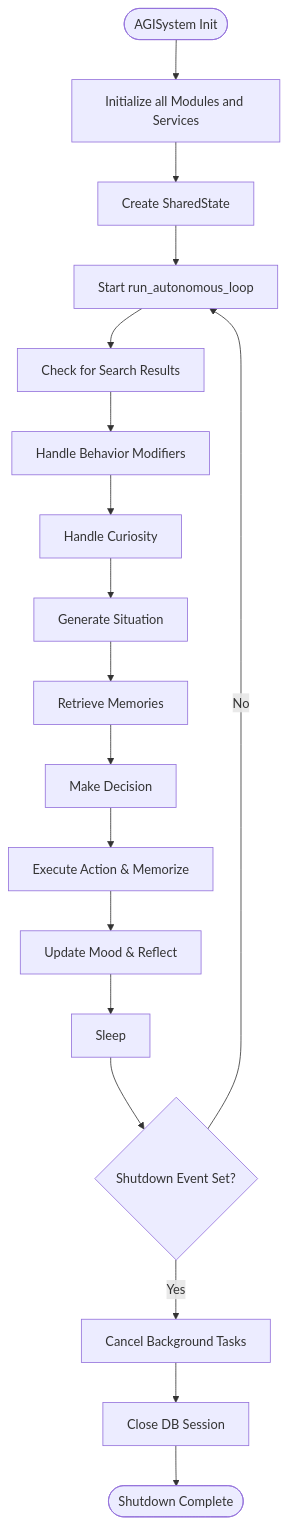
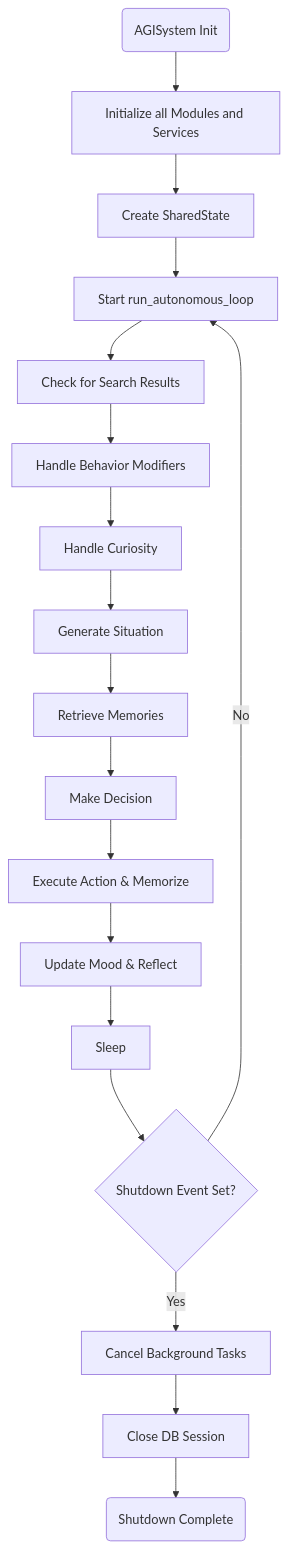
Before and after one commit to Likhithsai2580/RAVANA-WIKI: the third of 3 diagrams in docs/API Reference/Module-Specific APIs.md, drawn with Mermaid. The commit also changed 31 other files, not shown here.

First line of the commit message:
Fix(docs): Correct Mermaid diagram syntax

````diff
--- a/docs/API Reference/Module-Specific APIs.md
+++ b/docs/API Reference/Module-Specific APIs.md
@@ -297,20 +297,20 @@
 ```mermaid
 flowchart TD
-Start([AGISystem Init]) --> InitModules["Initialize all Modules and Services"]
+Start("AGISystem Init") --> InitModules["Initialize all Modules and Services"]
 InitModules --> CreateState["Create SharedState"]
 CreateState --> StartLoop["Start run_autonomous_loop"]
 StartLoop --> CheckSearch["Check for Search Results"]
 CheckSearch --> HandleModifiers["Handle Behavior Modifiers"]
 HandleModifiers --> HandleCuriosity["Handle Curiosity"]
 HandleCuriosity --> GenerateSituation["Generate Situation"]
 GenerateSituation --> RetrieveMemories["Retrieve Memories"]
 RetrieveMemories --> MakeDecision["Make Decision"]
 MakeDecision --> ExecuteAction["Execute Action & Memorize"]
 ExecuteAction --> UpdateMood["Update Mood & Reflect"]
 UpdateMood --> Sleep["Sleep"]
 Sleep --> CheckShutdown{"Shutdown Event Set?"}
 CheckShutdown --> |No| StartLoop
 CheckShutdown --> |Yes| CancelTasks["Cancel Background Tasks"]
 CancelTasks --> CloseSession["Close DB Session"]
-CloseSession --> End([Shutdown Complete])
+CloseSession --> End("Shutdown Complete")
 ```
````
